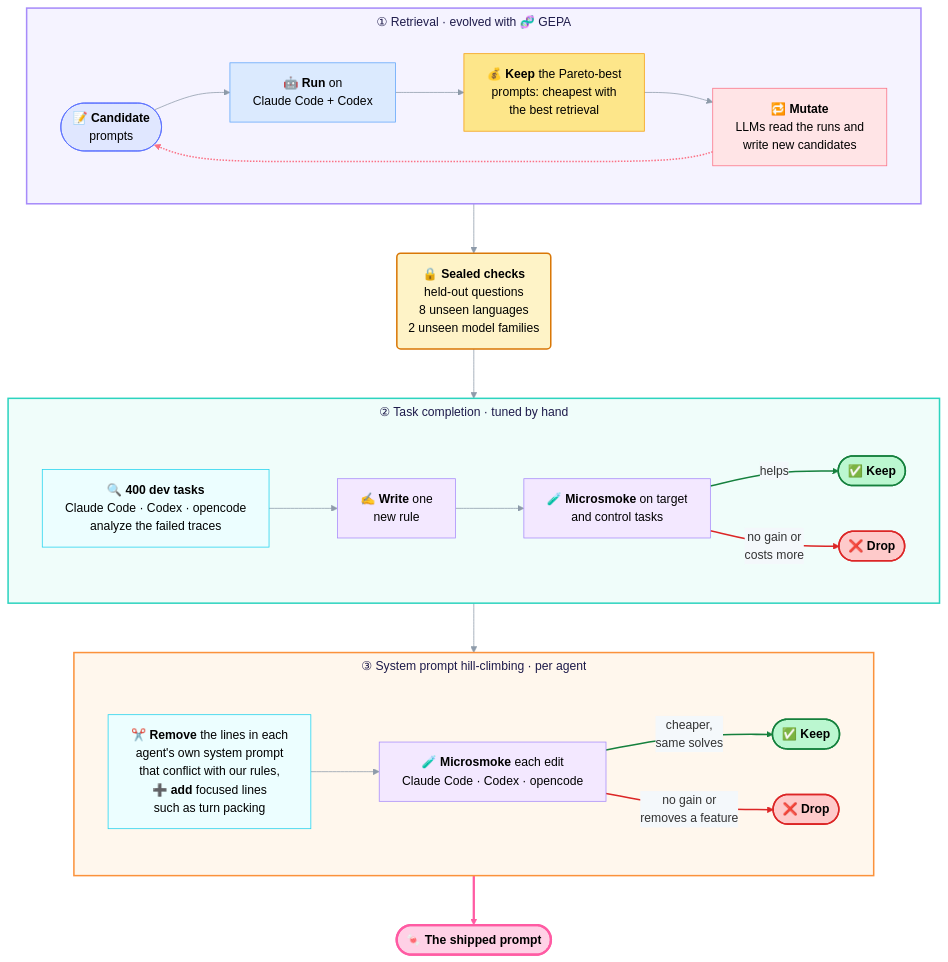
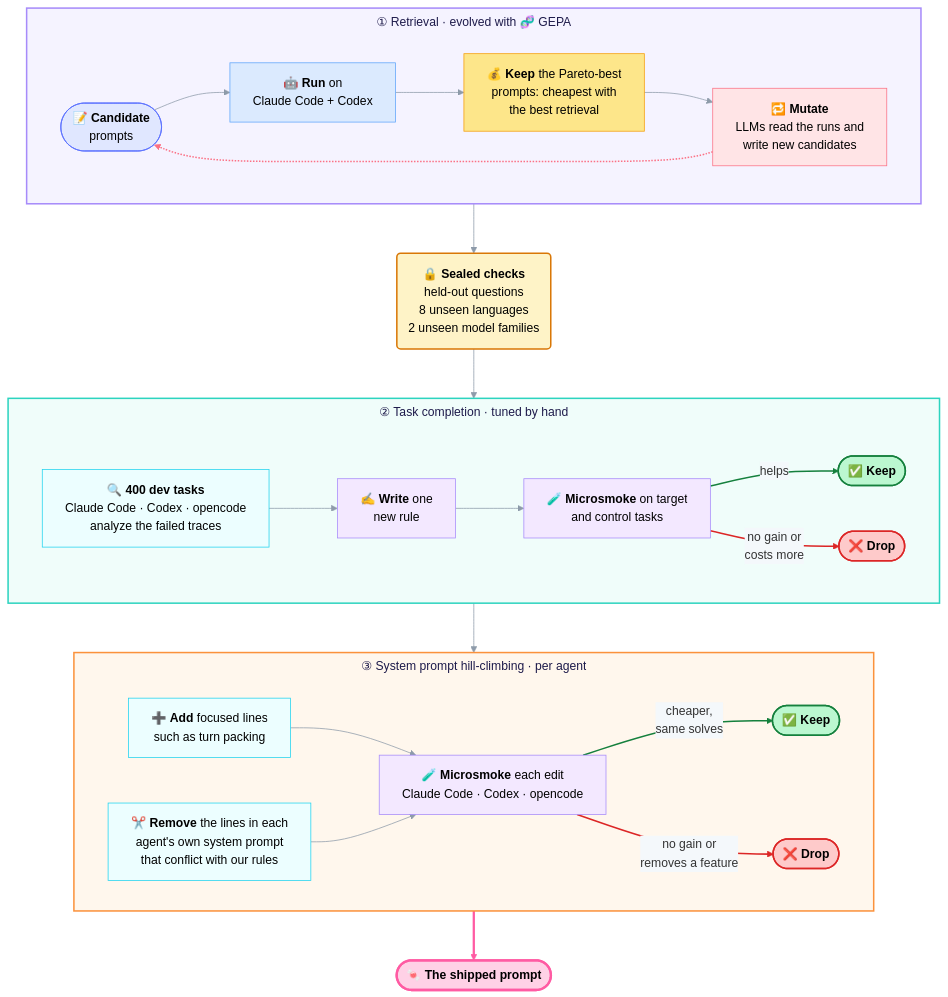
One commit to mrsladoje/sweet-search changed the second of 2 diagrams in README.md. Above: the diagram before and after it, drawn with Mermaid.

Commit message:
readme: split step 3 into Remove and Add boxes feeding Microsmoke

````diff
--- a/README.md
+++ b/README.md
@@ -879,63 +879,67 @@
 ```mermaid
 %%{init: {"theme": "base", "themeVariables": {"titleColor": "#1e1b4b", "textColor": "#1e1b4b", "lineColor": "#8e9baa", "edgeLabelBackground": "#f4f8fb"}, "themeCSS": ".cluster-label span { font-size: 19px; font-weight: 700; }", "flowchart": {"wrappingWidth": 400, "rankSpacing": 65, "nodeSpacing": 60, "subGraphTitleMargin": {"top": 6, "bottom": 14}}}}%%
 flowchart TB
     subgraph S1["① Retrieval · evolved with 🧬 GEPA"]
         direction LR
         A(["📝 <b>Candidate</b><br/>prompts"]) --> B["🤖 <b>Run</b> on<br/>Claude Code + Codex"]
         B --> C["💰 <b>Keep</b> the Pareto-best<br/>prompts: cheapest with<br/>the best retrieval"]
         C --> D["🔁 <b>Mutate</b><br/>LLMs read the runs and<br/>write new candidates"]
         D -.-> A
     end
     S1 --> V("🔒 <b>Sealed checks</b><br/>held-out questions<br/>8 unseen languages<br/>2 unseen model families")
     V --> S2
     subgraph S2["② Task completion · tuned by hand"]
         direction LR
         E["🔍 <b>400 dev tasks</b><br/>Claude Code · Codex · opencode<br/>analyze the failed traces"] --> F["✍️ <b>Write</b> one<br/>new rule"]
         F --> G["🧪 <b>Microsmoke</b> on target<br/>and control tasks"]
         G -->|"helps"| H(["✅ <b>Keep</b>"])
         G -->|"no gain or<br/>costs more"| I(["❌ <b>Drop</b>"])
     end
     S2 --> S3
     subgraph S3["③ System prompt hill-climbing · per agent"]
         direction LR
-        J["✂️ <b>Remove</b> the lines in each<br/>agent's own system prompt<br/>that conflict with our rules,<br/>➕ <b>add</b> focused lines<br/>such as turn packing"] --> K["🧪 <b>Microsmoke</b> each edit<br/>Claude Code · Codex · opencode"]
+        J["✂️ <b>Remove</b> the lines in each<br/>agent's own system prompt<br/>that conflict with our rules"]
+        L["➕ <b>Add</b> focused lines<br/>such as turn packing"]
+        K["🧪 <b>Microsmoke</b> each edit<br/>Claude Code · Codex · opencode"]
+        L --> K
+        J --> K
         K -->|"cheaper,<br/>same solves"| M(["✅ <b>Keep</b>"])
         K -->|"no gain or<br/>removes a feature"| N(["❌ <b>Drop</b>"])
     end
     S3 ==> P(["🍬 <b>The shipped prompt</b>"])
 
     classDef cand  fill:#e0e7ff,stroke:#596fff,color:#000;
     classDef run   fill:#dbeafe,stroke:#60a5fa,color:#000;
     classDef score fill:#fde68a,stroke:#f59e0b,color:#000;
     classDef llm   fill:#ffe4e6,stroke:#fb7185,color:#000;
     classDef seal  fill:#fef3c7,stroke:#d97706,color:#000,stroke-width:2px;
     classDef dig   fill:#ecfeff,stroke:#22d3ee,color:#000;
     classDef rule  fill:#f3e8ff,stroke:#a78bfa,color:#000;
     classDef keep  fill:#bbf7d0,stroke:#15803d,color:#000,stroke-width:2px;
     classDef drop  fill:#fecaca,stroke:#dc2626,color:#000,stroke-width:2px;
     classDef ship  fill:#ffd1e6,stroke:#ff5ba3,color:#000,stroke-width:3px;
 
     class A cand;
     class B run;
     class C score;
     class D llm;
     class V seal;
     class E dig;
     class F,G rule;
     class H,M keep;
     class I,N drop;
-    class J dig;
+    class J,L dig;
     class K rule;
     class P ship;
 
     style S1 fill:#f5f3ff,stroke:#a78bfa,stroke-width:2px;
     style S2 fill:#f0fdfa,stroke:#2dd4bf,stroke-width:2px;
     style S3 fill:#fff7ed,stroke:#fb923c,stroke-width:2px;
 
     linkStyle 3 stroke:#fb7185,stroke-width:2px;
     linkStyle 8 stroke:#15803d,stroke-width:2px;
     linkStyle 9 stroke:#dc2626,stroke-width:2px;
-    linkStyle 12 stroke:#15803d,stroke-width:2px;
-    linkStyle 13 stroke:#dc2626,stroke-width:2px;
-    linkStyle 14 stroke:#ff5ba3,stroke-width:3px;
+    linkStyle 13 stroke:#15803d,stroke-width:2px;
+    linkStyle 14 stroke:#dc2626,stroke-width:2px;
+    linkStyle 15 stroke:#ff5ba3,stroke-width:3px;
 ```
````
